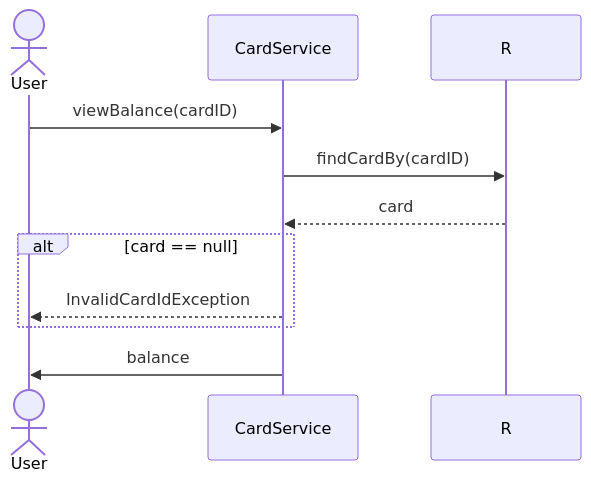
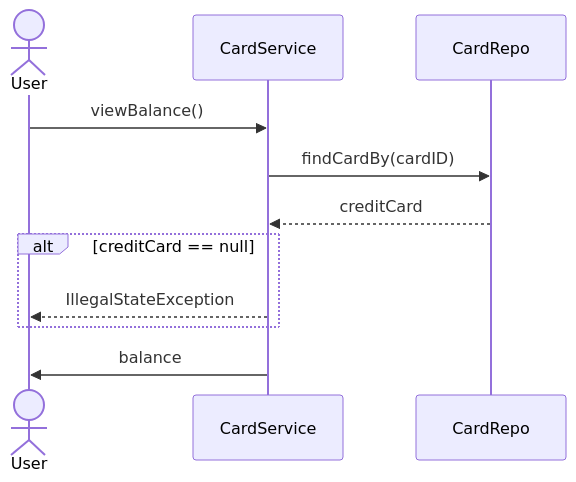
One commit to Apameus/ATM_Underground changed the fifth of 6 diagrams in docs/technicalDocs_v2.md. Above: the diagram before and after it, drawn with Mermaid. The commit also changed other lines of this file, not shown here.

````diff
--- a/docs/technicalDocs_v2.md
+++ b/docs/technicalDocs_v2.md
@@ -63,14 +67,13 @@
 ```mermaid
 sequenceDiagram
-actor U as User
-participant S as CardService
-%%participant R as CardRepo
-
-U ->> S: viewBalance(cardID)
-S ->> R: findCardBy(cardID)
-R -->>S: card
-alt card == null
-        S -->>U: InvalidCardIdException
-end
-S ->> U: balance
+    actor U as User
+    participant S as CardService
+    participant R as CardRepo
+    U ->> S: viewBalance()
+    S ->> R: findCardBy(cardID)
+    R -->> S: creditCard
+    alt creditCard == null
+        S -->> U: IllegalStateException
+    end
+    S ->> U: balance
 ```
````
